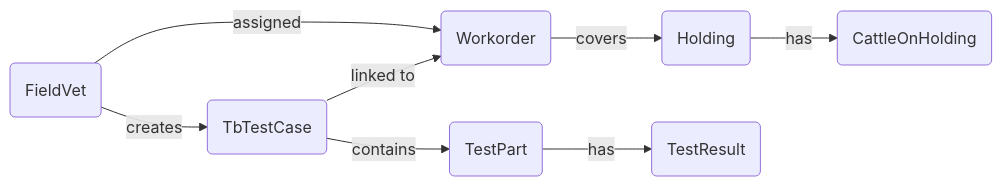
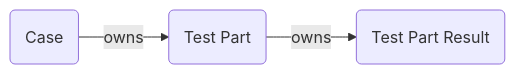
One commit to DEFRA/cattle-vaccination-documentation changed the second of 3 diagrams in technology/data-architecture/structure-view/README.md. Above: the diagram before and after it, drawn with Mermaid. The commit also changed other lines of this file and 144 other files, not shown here.

````diff
--- a/technology/data-architecture/structure-view/README.md
+++ b/technology/data-architecture/structure-view/README.md
@@ -37,18 +29,9 @@
 ```mermaid
 flowchart LR
-  Vet(FieldVet)
-  Workorder(Workorder)
-  Holding(Holding)
-  Cattle(CattleOnHolding)
-  Case(TbTestCase)
-  TestPart(TestPart)
-  TestResult(TestResult)
+  Case(Case)
+  TestPart("Test Part")
+  TestPartResult("Test Part Result")
 
-  Vet -->|"assigned"| Workorder
-  Workorder -->|"covers"| Holding
-  Holding -->|"has"| Cattle
-  Vet -->|"creates"| Case
-  Case -->|"linked to"| Workorder
-  Case -->|"contains"| TestPart
-  TestPart -->|"has"| TestResult
+  Case -->|"owns"| TestPart
+  TestPart -->|"owns"| TestPartResult
 ```
````
